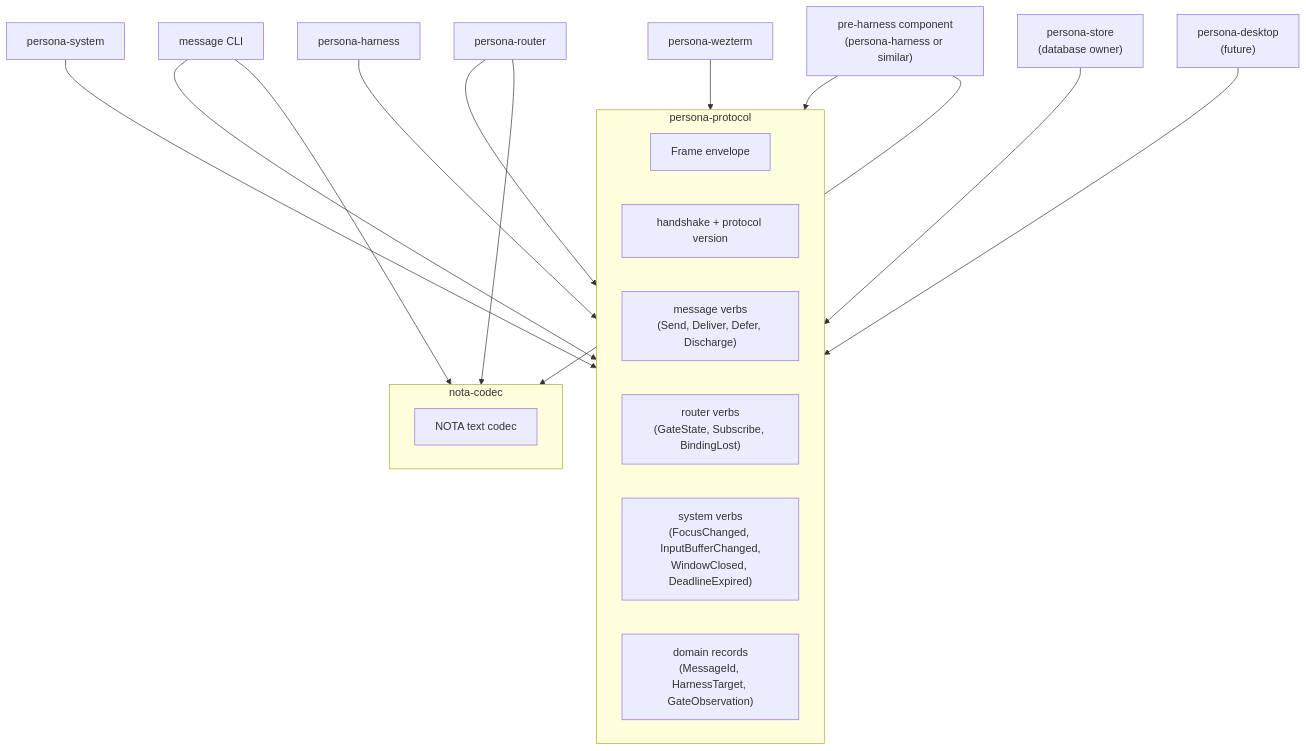
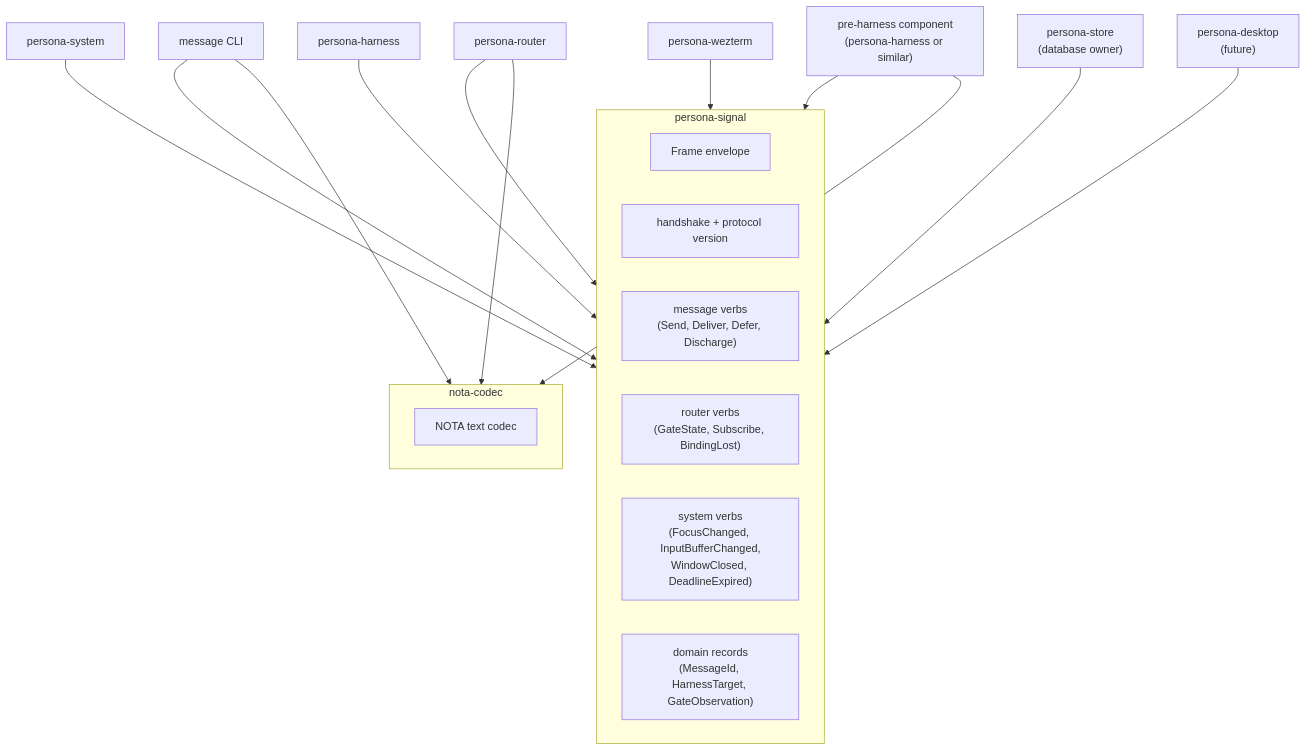
One commit to LiGoldragon/primary changed the first of 3 diagrams in reports/designer/18-persona-contract-repo-design.md. Above: the diagram before and after it, drawn with Mermaid. The commit also changed other lines of this file and 1 other file, not shown here.

First line of the commit message:
designer: rename persona-protocol to persona-signal; loosen contract-repo naming rule

````diff
--- a/reports/designer/18-persona-contract-repo-design.md
+++ b/reports/designer/18-persona-contract-repo-design.md
@@ -30,27 +30,27 @@
 ```mermaid
 flowchart TB
-    subgraph contract["persona-protocol"]
+    subgraph contract["persona-signal"]
         frame["Frame envelope"]
         hs["handshake + protocol version"]
         msg["message verbs<br/>(Send, Deliver, Defer, Discharge)"]
         router_v["router verbs<br/>(GateState, Subscribe, BindingLost)"]
         sys_v["system verbs<br/>(FocusChanged, InputBufferChanged,<br/>WindowClosed, DeadlineExpired)"]
         records["domain records<br/>(MessageId, HarnessTarget, GateObservation)"]
     end
 
     subgraph nota["nota-codec"]
         text["NOTA text codec"]
     end
 
     cli["message CLI"] --> contract
     cli --> nota
     router["persona-router"] --> contract
     router --> nota
     deliver["pre-harness component<br/>(persona-harness or similar)"] --> contract
     deliver --> nota
     sys["persona-system"] --> contract
     harness["persona-harness"] --> contract
     wez["persona-wezterm"] --> contract
     store["persona-store<br/>(database owner)"] --> contract
     desktop["persona-desktop<br/>(future)"] --> contract
 ```
````
